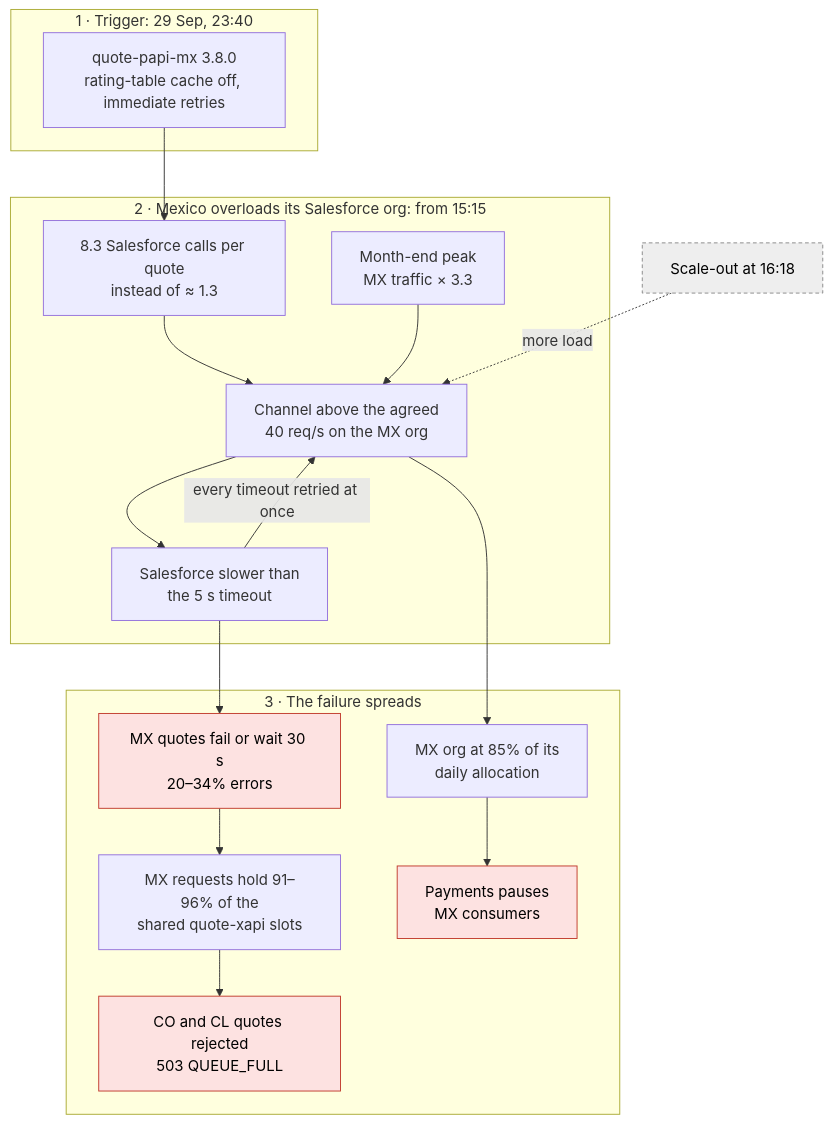
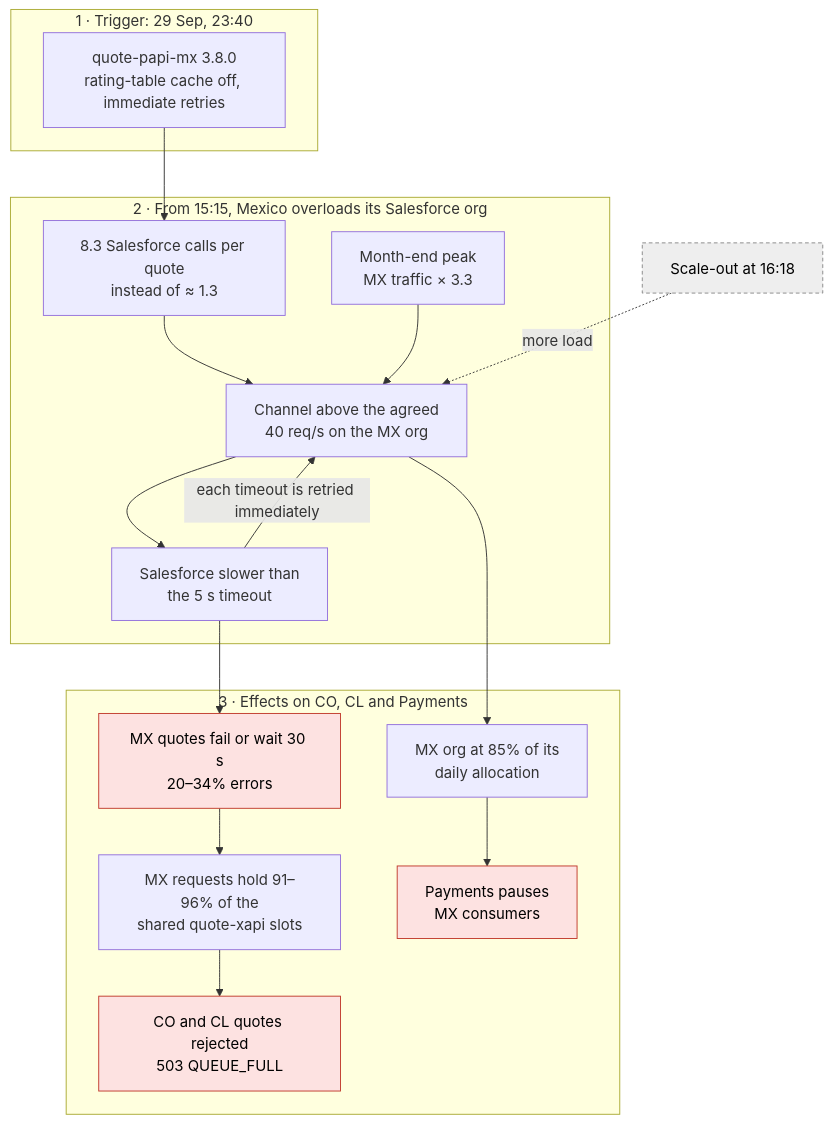
One commit to samsagz/meridian-tech-lead-assessment changed the second of 2 diagrams in docs/operations/INC-0907-POSTMORTEM.md. Above: the diagram before and after it, drawn with Mermaid. The commit also changed other lines of this file and 3 other files, not shown here.

````diff
--- a/docs/operations/INC-0907-POSTMORTEM.md
+++ b/docs/operations/INC-0907-POSTMORTEM.md
@@ -59,30 +59,30 @@
 ```mermaid
 flowchart TD
     subgraph S1["1 · Trigger: 29 Sep, 23:40"]
         A["quote-papi-mx 3.8.0<br/>rating-table cache off, immediate retries"]
     end
-    subgraph S2["2 · Mexico overloads its Salesforce org: from 15:15"]
+    subgraph S2["2 · From 15:15, Mexico overloads its Salesforce org"]
         B["8.3 Salesforce calls per quote<br/>instead of ≈ 1.3"]
         P["Month-end peak<br/>MX traffic × 3.3"]
         C["Channel above the agreed<br/>40 req/s on the MX org"]
         D["Salesforce slower than<br/>the 5 s timeout"]
     end
-    subgraph S3["3 · The failure spreads"]
+    subgraph S3["3 · Effects on CO, CL and Payments"]
         E["MX quotes fail or wait 30 s<br/>20–34% errors"]
         F["MX requests hold 91–96% of the<br/>shared quote-xapi slots"]
         G["CO and CL quotes rejected<br/>503 QUEUE_FULL"]
         H["MX org at 85% of its<br/>daily allocation"]
         I["Payments pauses<br/>MX consumers"]
     end
     A --> B --> C
     P --> C
     C --> D
-    D -- "every timeout retried at once" --> C
+    D -- "each timeout is retried immediately" --> C
     D --> E --> F --> G
     C --> H --> I
     X["Scale-out at 16:18"] -. "more load" .-> C
     classDef impact fill:#fde2e1,stroke:#c0392b,color:#000
     classDef response fill:#eeeeee,stroke:#888888,color:#000,stroke-dasharray: 4 3
     class E,G,I impact
     class X response
 ```
````
